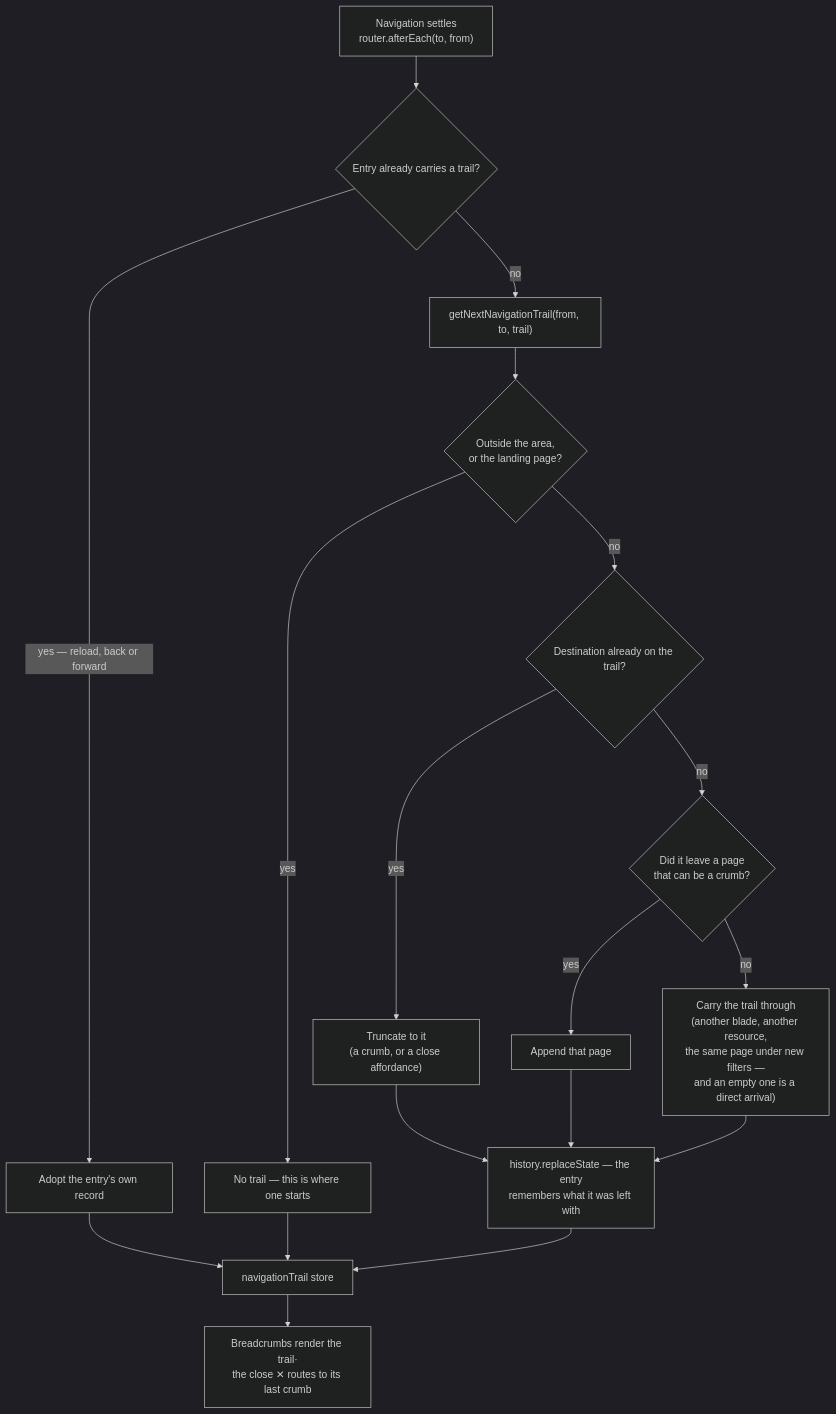
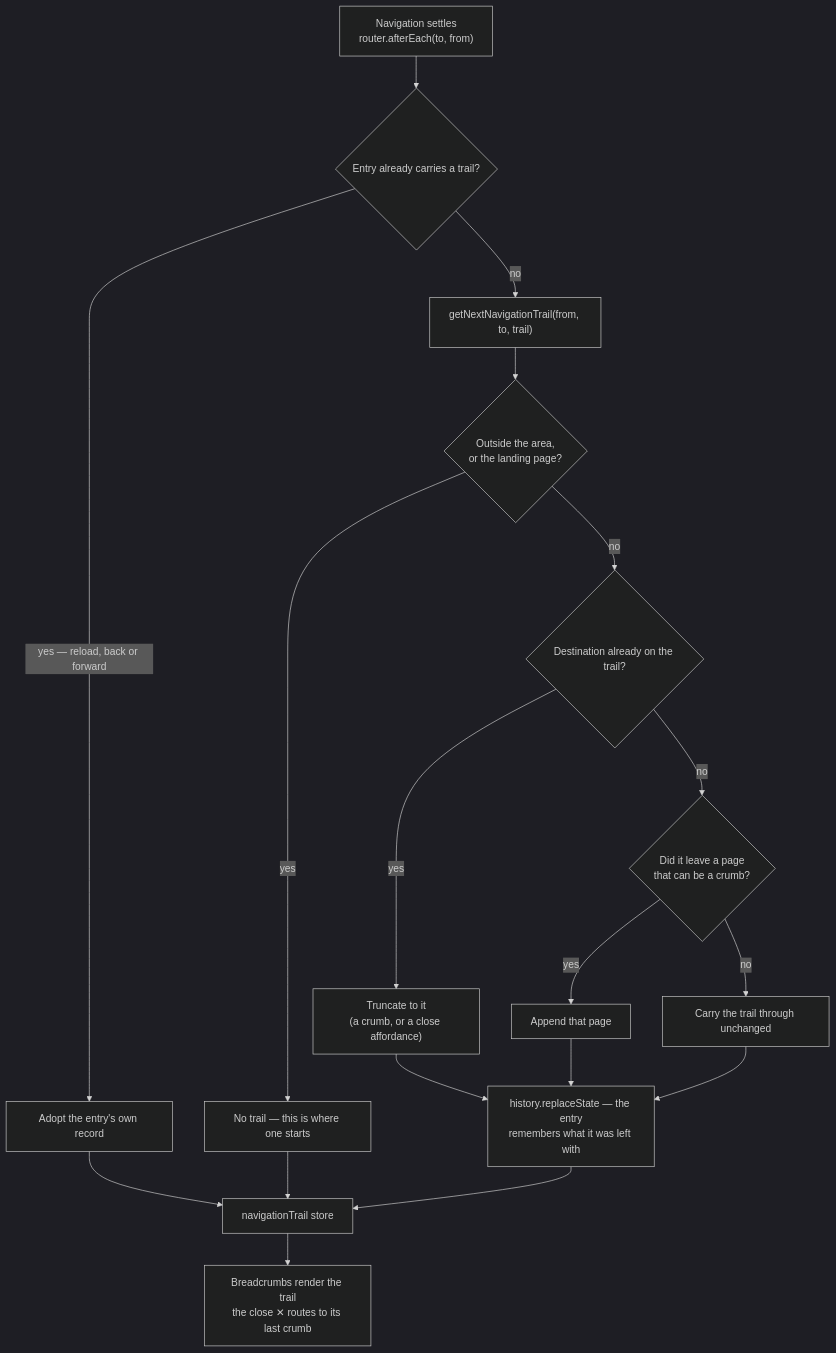
One commit to Esposter/Esposter changed the diagram in packages/app/content/docs/platform/breadcrumb-trail.md. Above: the diagram before and after it, drawn with Mermaid (dark theme). The commit also changed 8 other files, not shown here.

First line of the commit message:
docs(diagrams): sweep platform/, and widen the reference-product rule

````diff
--- a/packages/app/content/docs/platform/breadcrumb-trail.md
+++ b/packages/app/content/docs/platform/breadcrumb-trail.md
@@ -27,20 +27,20 @@
 ```mermaid
 flowchart TD
   NAV["Navigation settles<br/>router.afterEach(to, from)"] --> RECORDED{"Entry already carries a trail?"}
   RECORDED -->|"yes — reload, back or forward"| ADOPT["Adopt the entry's own record"]
   RECORDED -->|no| RESOLVE["getNextNavigationTrail(from, to, trail)"]
   RESOLVE --> OUT{"Outside the area,<br/>or the landing page?"}
   OUT -->|yes| EMPTY["No trail — this is where one starts"]
   OUT -->|no| BACKUP{"Destination already on the trail?"}
   BACKUP -->|yes| TRUNCATE["Truncate to it<br/>(a crumb, or a close affordance)"]
   BACKUP -->|no| DRILL{"Did it leave a page<br/>that can be a crumb?"}
   DRILL -->|yes| APPEND["Append that page"]
-  DRILL -->|no| CARRY["Carry the trail through<br/>(another blade, another resource,<br/>the same page under new filters —<br/>and an empty one is a direct arrival)"]
+  DRILL -->|no| CARRY["Carry the trail through unchanged"]
   ADOPT --> STORE
   EMPTY --> STORE
   TRUNCATE --> RECORD
   APPEND --> RECORD
   CARRY --> RECORD
   RECORD["history.replaceState — the entry<br/>remembers what it was left with"] --> STORE["navigationTrail store"]
-  STORE --> RENDER["Breadcrumbs render the trail·<br/>the close ✕ routes to its last crumb"]
+  STORE --> RENDER["Breadcrumbs render the trail<br/>the close ✕ routes to its last crumb"]
 ```
````
